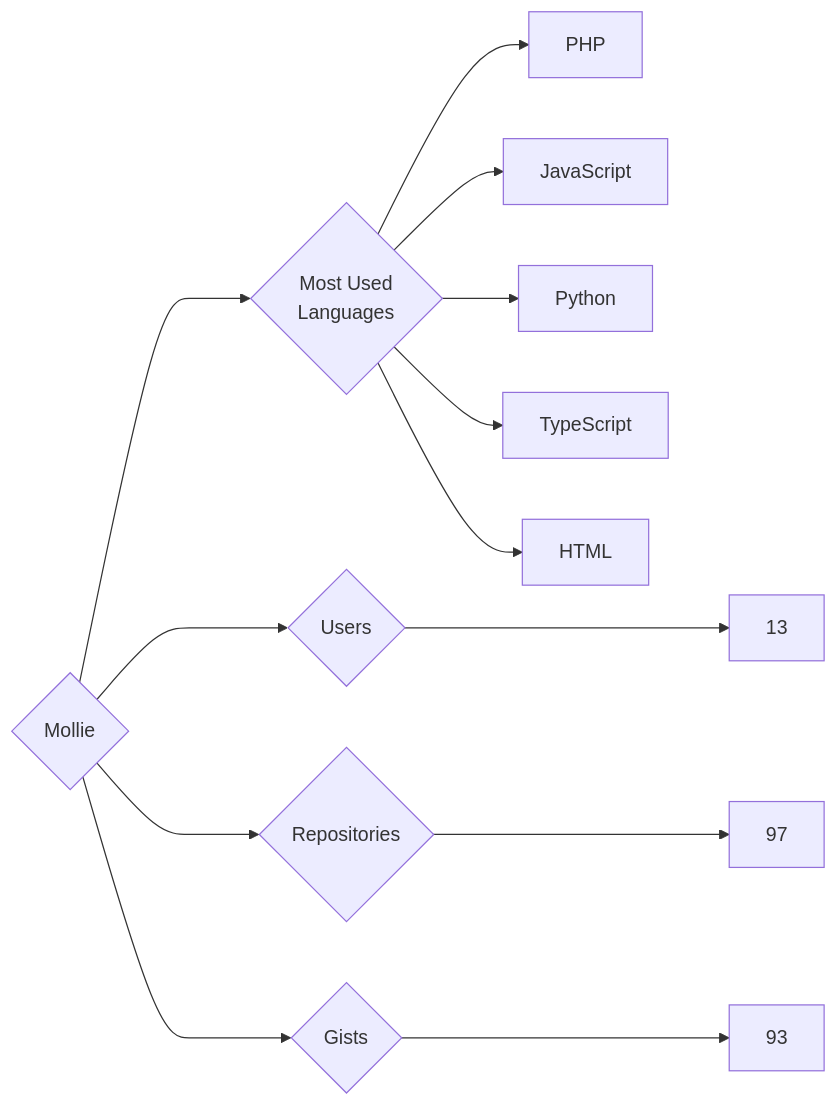
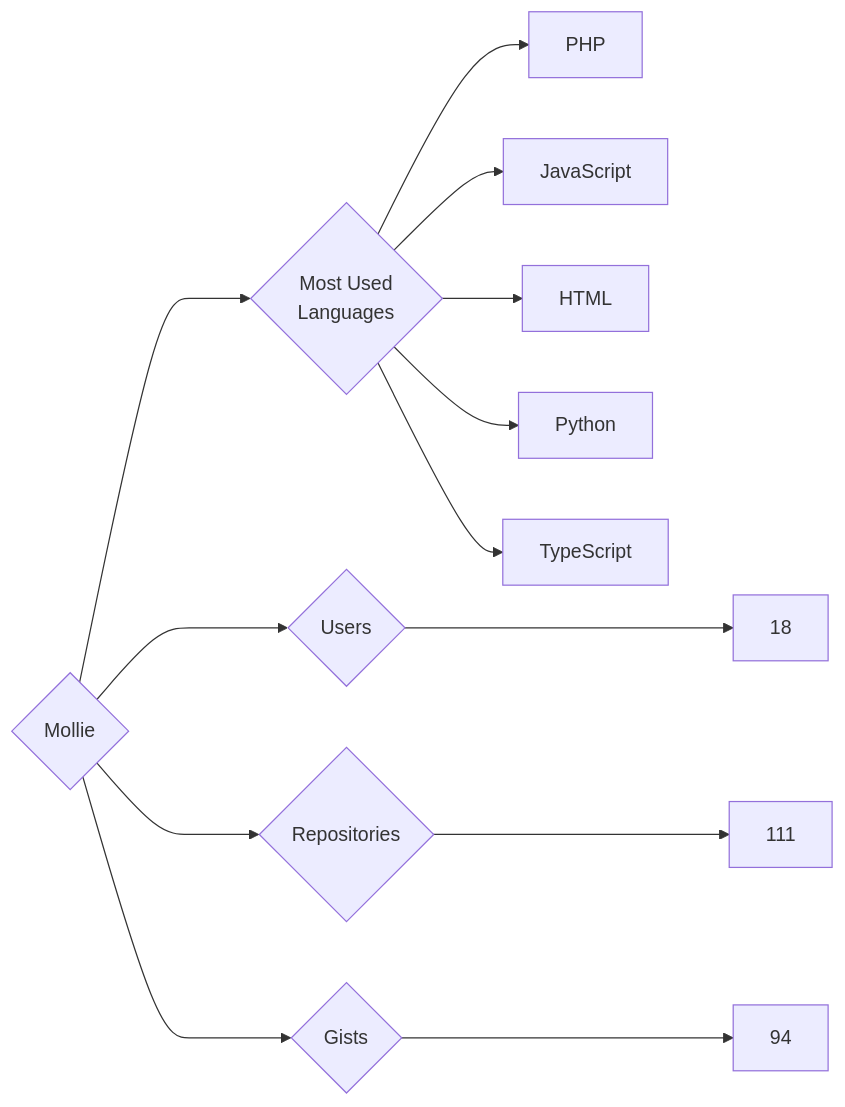
One commit to trickest/insiders changed the diagram in targets/Mollie/README.md. Above: the diagram before and after it, drawn with Mermaid. The commit also changed 895 other files, not shown here.

````diff
--- a/targets/Mollie/README.md
+++ b/targets/Mollie/README.md
@@ -3,13 +3,13 @@
 ```mermaid
 graph LR
 COMPANY_NAME{Mollie}
-COMPANY_NAME ---> U{Users} ---> UN[13]
-COMPANY_NAME ---> R{Repositories} ---> RN[97]
-COMPANY_NAME ---> G{Gists} ---> GN[93]
+COMPANY_NAME ---> U{Users} ---> UN[18]
+COMPANY_NAME ---> R{Repositories} ---> RN[111]
+COMPANY_NAME ---> G{Gists} ---> GN[94]
 COMPANY_NAME ---> ML{Most Used<br>Languages}
 ML --> PHP[PHP]
 ML --> JavaScript[JavaScript]
+ML --> HTML[HTML]
 ML --> Python[Python]
 ML --> TypeScript[TypeScript]
-ML --> HTML[HTML]
 ```
````
